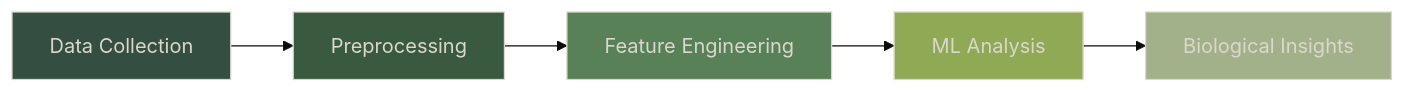
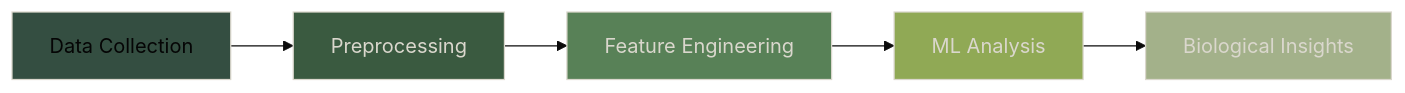
One commit to shoaibms/shoaibms changed the diagram in README.md. Above: the diagram before and after it, drawn with Mermaid (base theme).

````diff
--- a/README.md
+++ b/README.md
@@ -90,12 +90,12 @@
 ```mermaid
 graph LR
     A[Data Collection] --> B[Preprocessing]
     B --> C[Feature Engineering]
     C --> D[ML Analysis]
     D --> E[Biological Insights]
-    style A fill:#344e41,stroke:#dad7cd,color:#dad7cd
+    style A fill:#344e41,stroke:#dad7cd,color:#050505
     style B fill:#3a5a40,stroke:#dad7cd,color:#dad7cd
     style C fill:#588157,stroke:#dad7cd,color:#dad7cd
     style D fill:#90a955,stroke:#dad7cd,color:#dad7cd
     style E fill:#a3b18a,stroke:#dad7cd,color:#dad7cd
 ```
````
